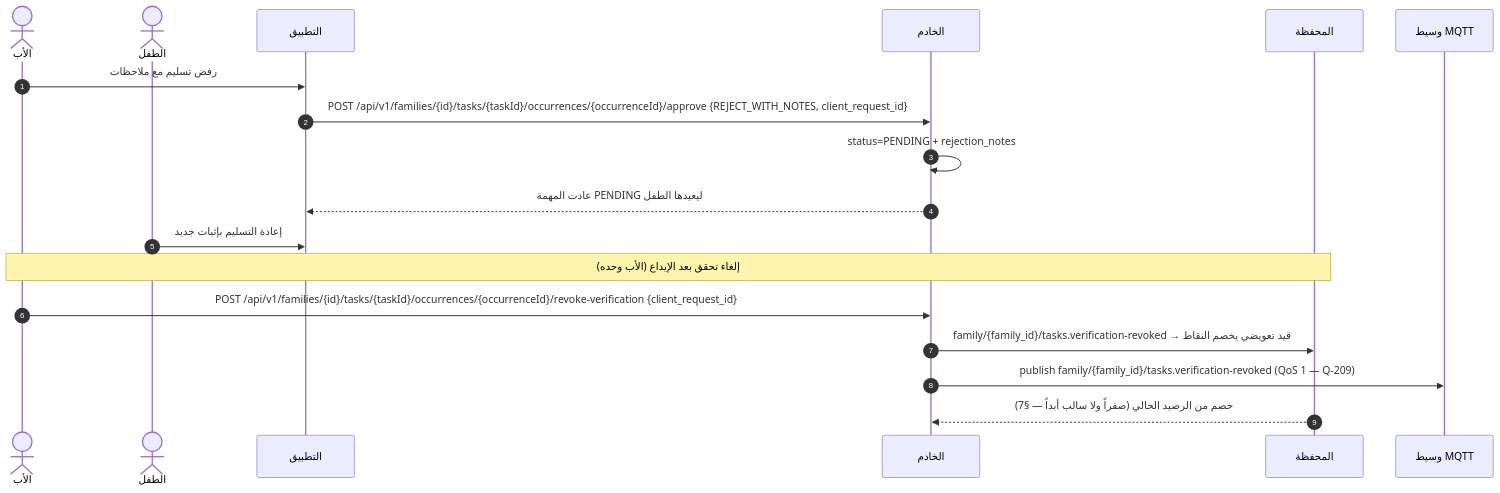
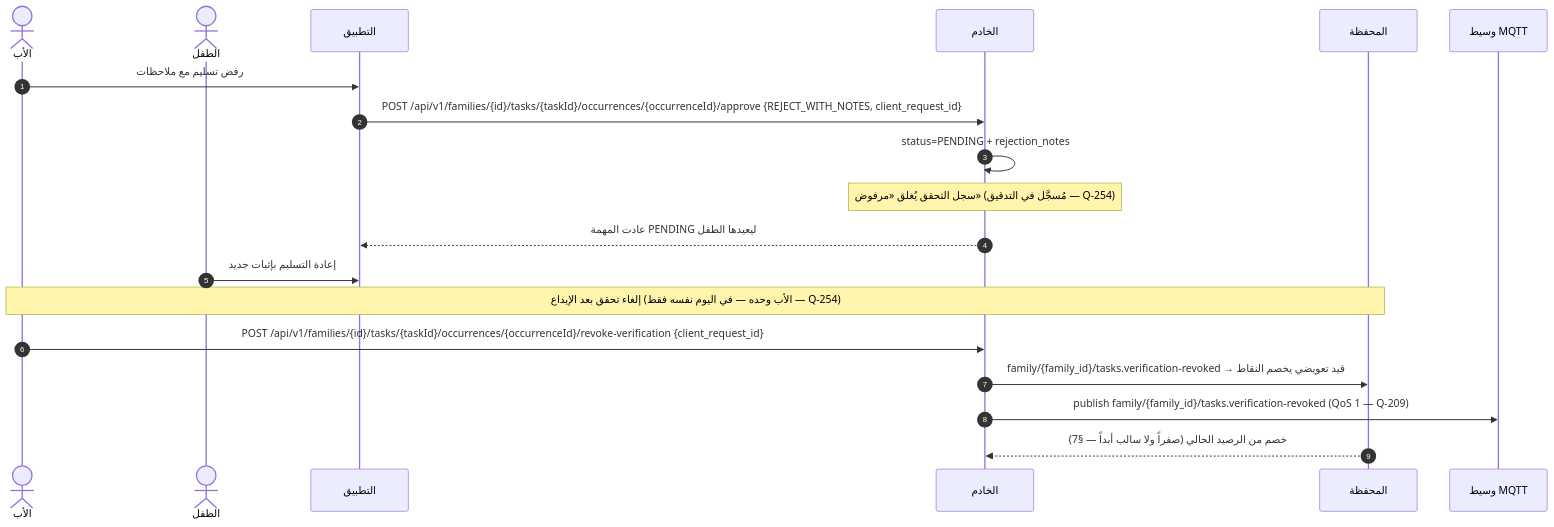
One commit to Bassam-mohammed-alqaeadi/family-os-v2 changed the sixth of 12 diagrams in docs/family-os/governance/phases/phase-1/S1-06-tasks-and-calendar/DIAGRAMS.md. Above: the diagram before and after it, drawn with Mermaid. The commit also changed other lines of this file and 1 other file, not shown here.

Commit message:
R2-S106-01/02/04 (Q-253/254/255): إلغاء المهمة والرفض مع ملاحظات وأحداث التقويم

````diff
--- a/docs/family-os/governance/phases/phase-1/S1-06-tasks-and-calendar/DIAGRAMS.md
+++ b/docs/family-os/governance/phases/phase-1/S1-06-tasks-and-calendar/DIAGRAMS.md
@@ -275,20 +276,21 @@
 ```mermaid
 sequenceDiagram
     autonumber
     actor Father as الأب
     actor Child as الطفل
     participant App as التطبيق
     participant Ktor as الخادم
     participant S105 as المحفظة
     participant MQTT as وسيط MQTT
     Father->>App: رفض تسليم مع ملاحظات
     App->>Ktor: POST /api/v1/families/{id}/tasks/{taskId}/occurrences/{occurrenceId}/approve {REJECT_WITH_NOTES, client_request_id}
     Ktor->>Ktor: status=PENDING + rejection_notes
+    Note over Ktor: سجل التحقق يُغلق «مرفوض» (مُسجَّل في التدقيق — Q-254)
     Ktor-->>App: عادت المهمة PENDING ليعيدها الطفل
     Child->>App: إعادة التسليم بإثبات جديد
-    Note over Father,S105: إلغاء تحقق بعد الإيداع (الأب وحده)
+    Note over Father,S105: إلغاء تحقق بعد الإيداع (الأب وحده — في اليوم نفسه فقط — Q-254)
     Father->>Ktor: POST /api/v1/families/{id}/tasks/{taskId}/occurrences/{occurrenceId}/revoke-verification {client_request_id}
     Ktor->>S105: family/{family_id}/tasks.verification-revoked → قيد تعويضي يخصم النقاط
     Ktor->>MQTT: publish family/{family_id}/tasks.verification-revoked (QoS 1 — Q-209)
     S105-->>Ktor: خصم من الرصيد الحالي (صفراً ولا سالب أبداً — §7)
 ```
````
